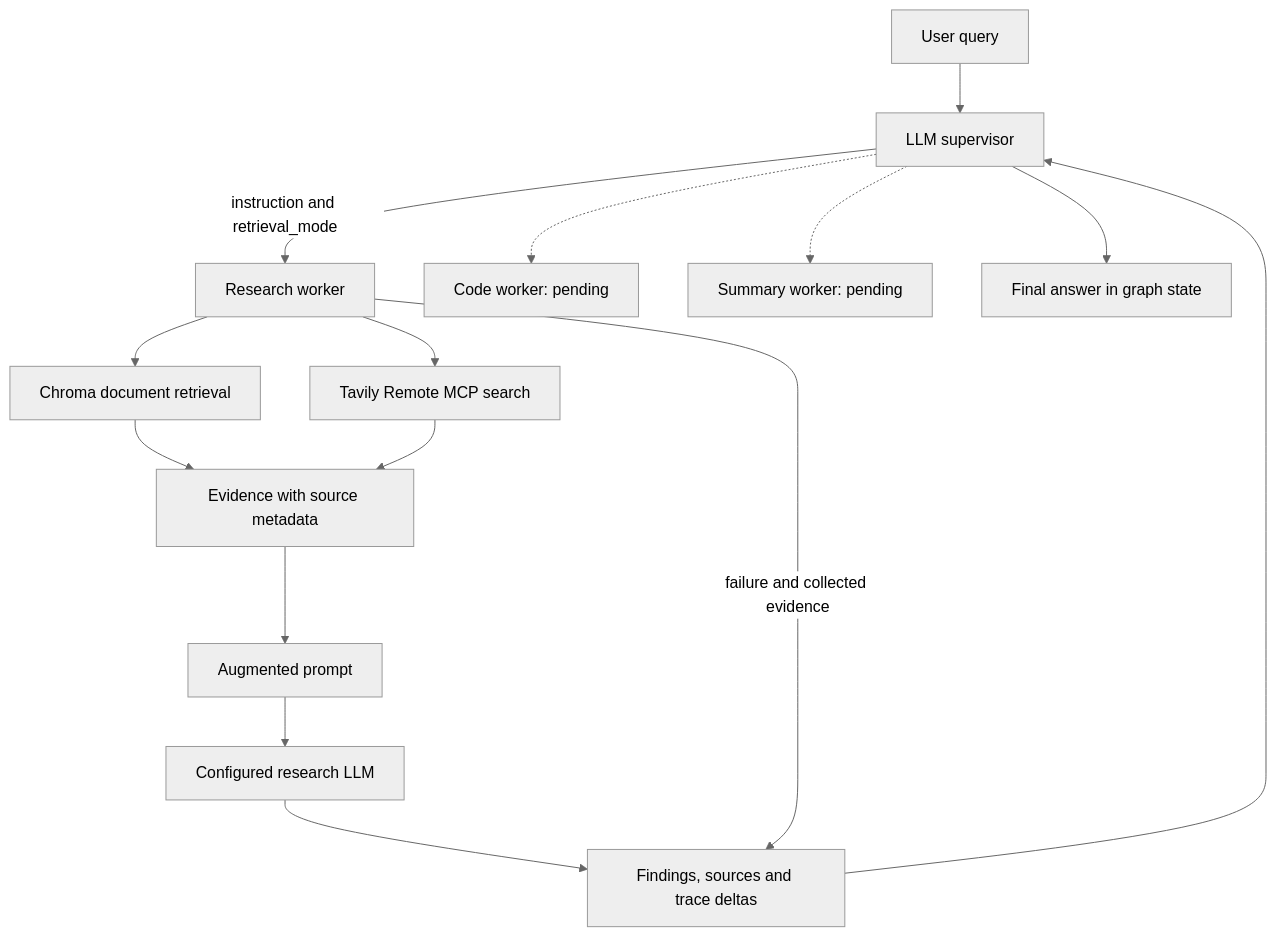
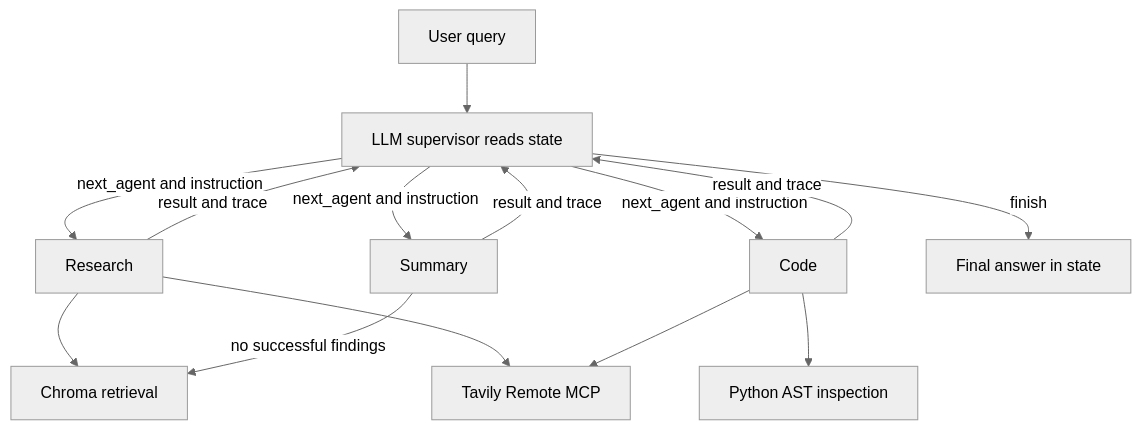
The diagram in docs/architecture.md (Viswabharathi-K-A/Multi-agent-rag-research-assistant), drawn with Mermaid (neutral theme) before and after one commit. The commit also changed other lines of this file and 6 other files, not shown here.

Commit message:
Document provider routing and verify supervisor graph execution

````diff
--- a/docs/architecture.md
+++ b/docs/architecture.md
@@ -26,17 +24,16 @@
 ```mermaid
 flowchart TD
-    Q[User query] --> S[LLM supervisor]
-    S -->|instruction and retrieval_mode| R[Research worker]
-    R --> D[Chroma document retrieval]
-    R --> W[Tavily Remote MCP search]
-    D --> E[Evidence with source metadata]
-    W --> E
-    E --> P[Augmented prompt]
-    P --> L[Configured research LLM]
-    L --> O[Findings, sources and trace deltas]
-    R -->|failure and collected evidence| O
-    O --> S
-    S -.-> C[Code worker: pending]
-    S -.-> U[Summary worker: pending]
-    S --> F[Final answer in graph state]
+    Q[User query] --> S[LLM supervisor reads state]
+    S -->|next_agent and instruction| R[Research]
+    S -->|next_agent and instruction| C[Code]
+    S -->|next_agent and instruction| U[Summary]
+    R --> D[Chroma retrieval]
+    R --> T[Tavily Remote MCP]
+    C --> T
+    C --> I[Python AST inspection]
+    U -->|no successful findings| D
+    R -->|result and trace| S
+    C -->|result and trace| S
+    U -->|result and trace| S
+    S -->|finish| F[Final answer in state]
 ```
````
